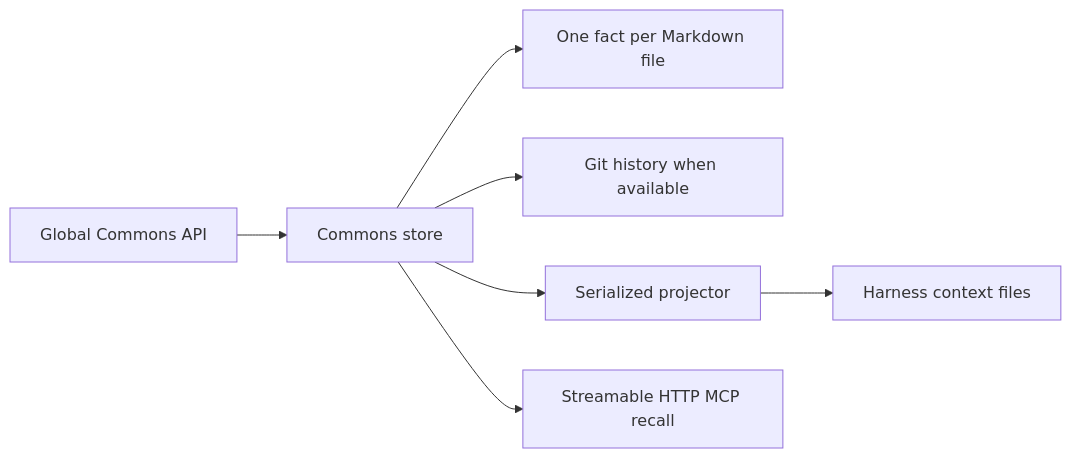
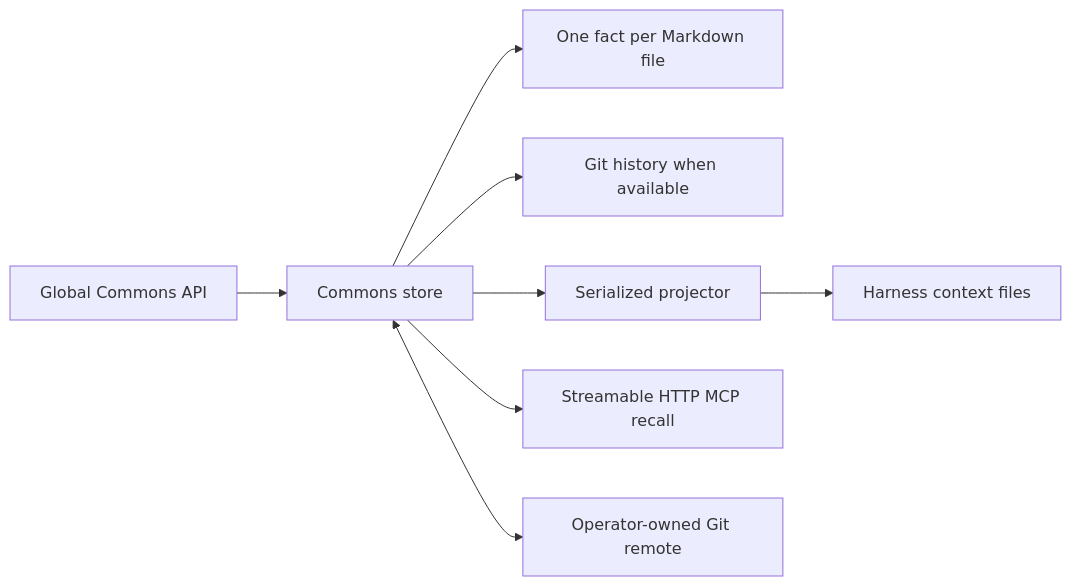
The first of 4 diagrams in docs/system-design/commons-and-projections.md (npyrz/Cuesheet), drawn with Mermaid before and after one commit. The commit also changed other lines of this file and 11 other files, not shown here.

````diff
--- a/docs/system-design/commons-and-projections.md
+++ b/docs/system-design/commons-and-projections.md
@@ -9,17 +9,19 @@
 ```mermaid
 flowchart LR
     API[Global Commons API]
     Store[Commons store]
     Fact[One fact per Markdown file]
     Git[Git history when available]
     Projector[Serialized projector]
     Context[Harness context files]
     MCP[Streamable HTTP MCP recall]
+    Remote[Operator-owned Git remote]
 
     API --> Store
     Store --> Fact
     Store --> Git
     Store --> Projector
     Projector --> Context
     Store --> MCP
+    Store <--> Remote
 ```
````
